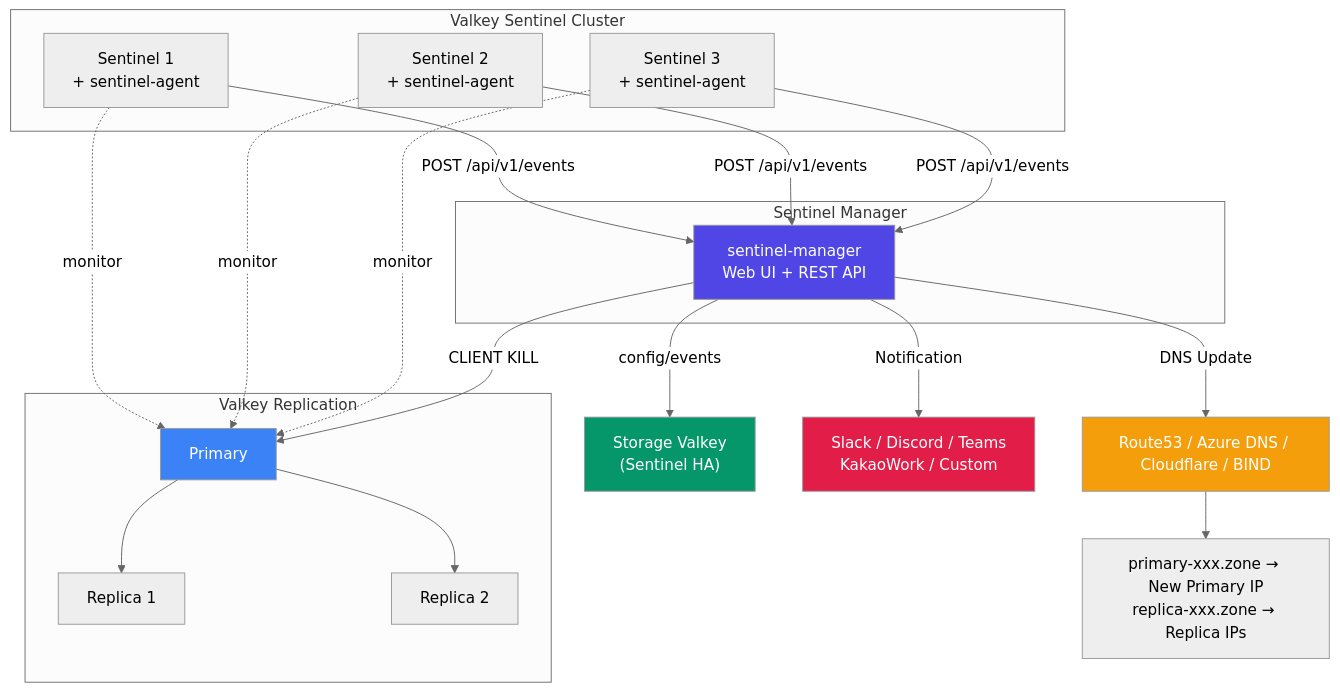
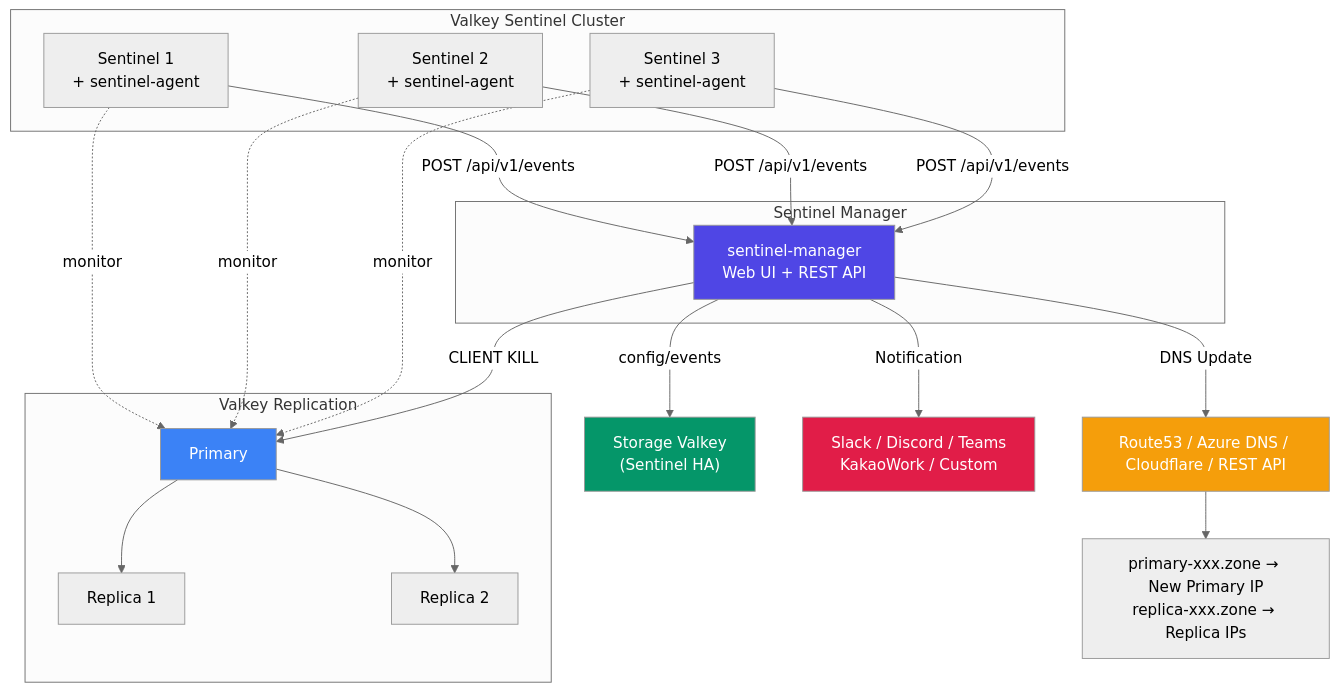
Before and after one commit to chals-go/valkey-sentinel-manager: the first of 5 diagrams in README.md, drawn with Mermaid (neutral theme). The commit also changed other lines of this file, not shown here.

Commit message:
README.md: BIND → Custom REST API로 DNS Provider 표기 변경

````diff
--- a/README.md
+++ b/README.md
@@ -20,41 +20,41 @@
 ```mermaid
 graph TD
     subgraph "Valkey Sentinel Cluster"
         S1["Sentinel 1<br/>+ sentinel-agent"]
         S2["Sentinel 2<br/>+ sentinel-agent"]
         S3["Sentinel 3<br/>+ sentinel-agent"]
     end
 
     subgraph "Valkey Replication"
         P["Primary"]
         R1["Replica 1"]
         R2["Replica 2"]
         P --> R1
         P --> R2
     end
 
     subgraph "Sentinel Manager"
         SM["sentinel-manager<br/>Web UI + REST API"]
     end
 
     S1 -->|"POST /api/v1/events"| SM
     S2 -->|"POST /api/v1/events"| SM
     S3 -->|"POST /api/v1/events"| SM
 
     S1 -.->|monitor| P
     S2 -.->|monitor| P
     S3 -.->|monitor| P
 
     SM -->|"config/events"| VK["Storage Valkey<br/>(Sentinel HA)"]
-    SM -->|"DNS Update"| DNS["Route53 / Azure DNS / Cloudflare / BIND"]
+    SM -->|"DNS Update"| DNS["Route53 / Azure DNS / Cloudflare / REST API"]
     SM -->|"CLIENT KILL"| P
     SM -->|"Notification"| WH["Slack / Discord / Teams<br/>KakaoWork / Custom"]
 
     DNS --> EP["primary-xxx.zone → New Primary IP<br/>replica-xxx.zone → Replica IPs"]
 
     style SM fill:#4f46e5,color:#fff
     style VK fill:#059669,color:#fff
     style DNS fill:#f59e0b,color:#fff
     style WH fill:#e11d48,color:#fff
     style P fill:#3b82f6,color:#fff
 ```
````
